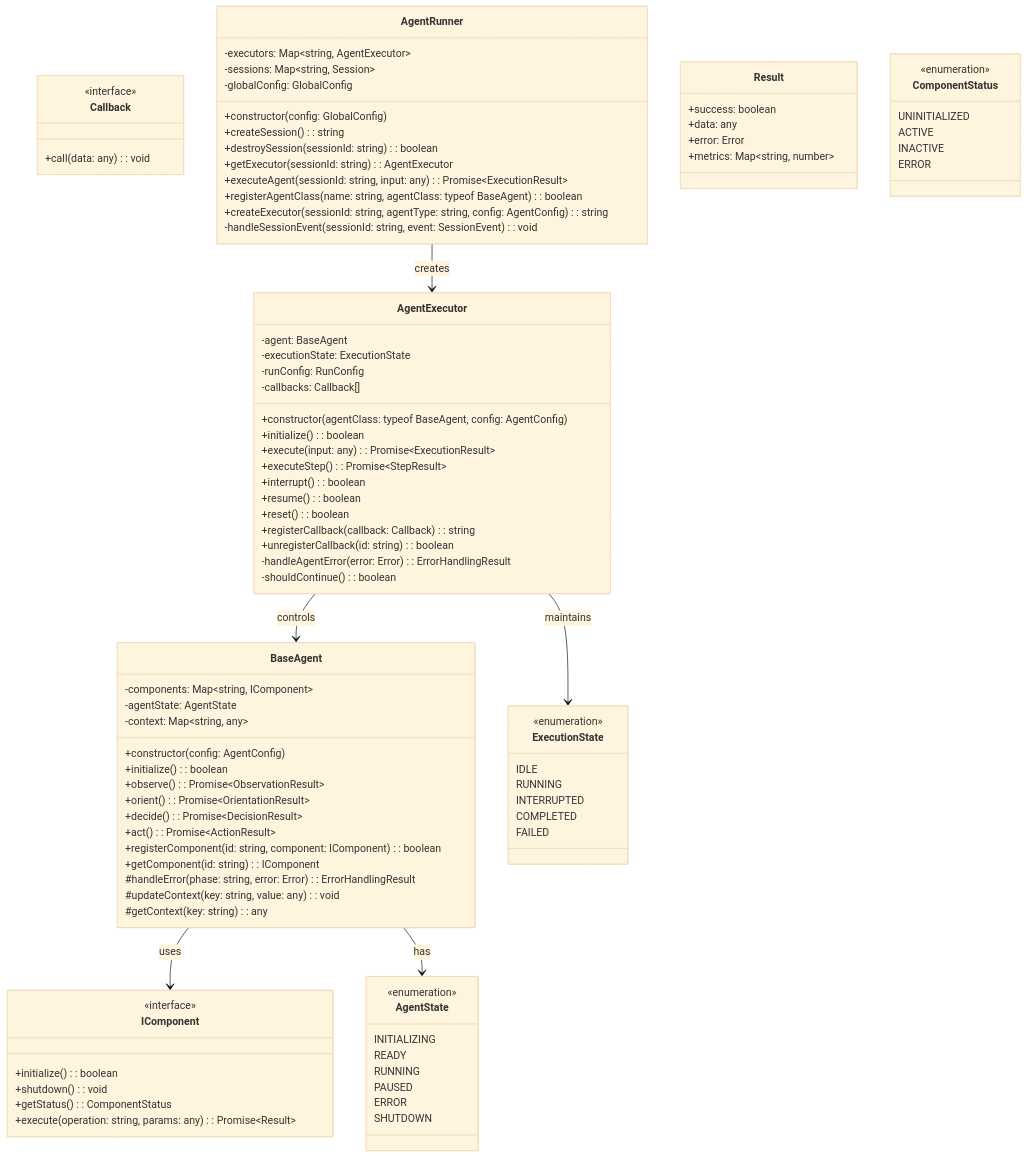
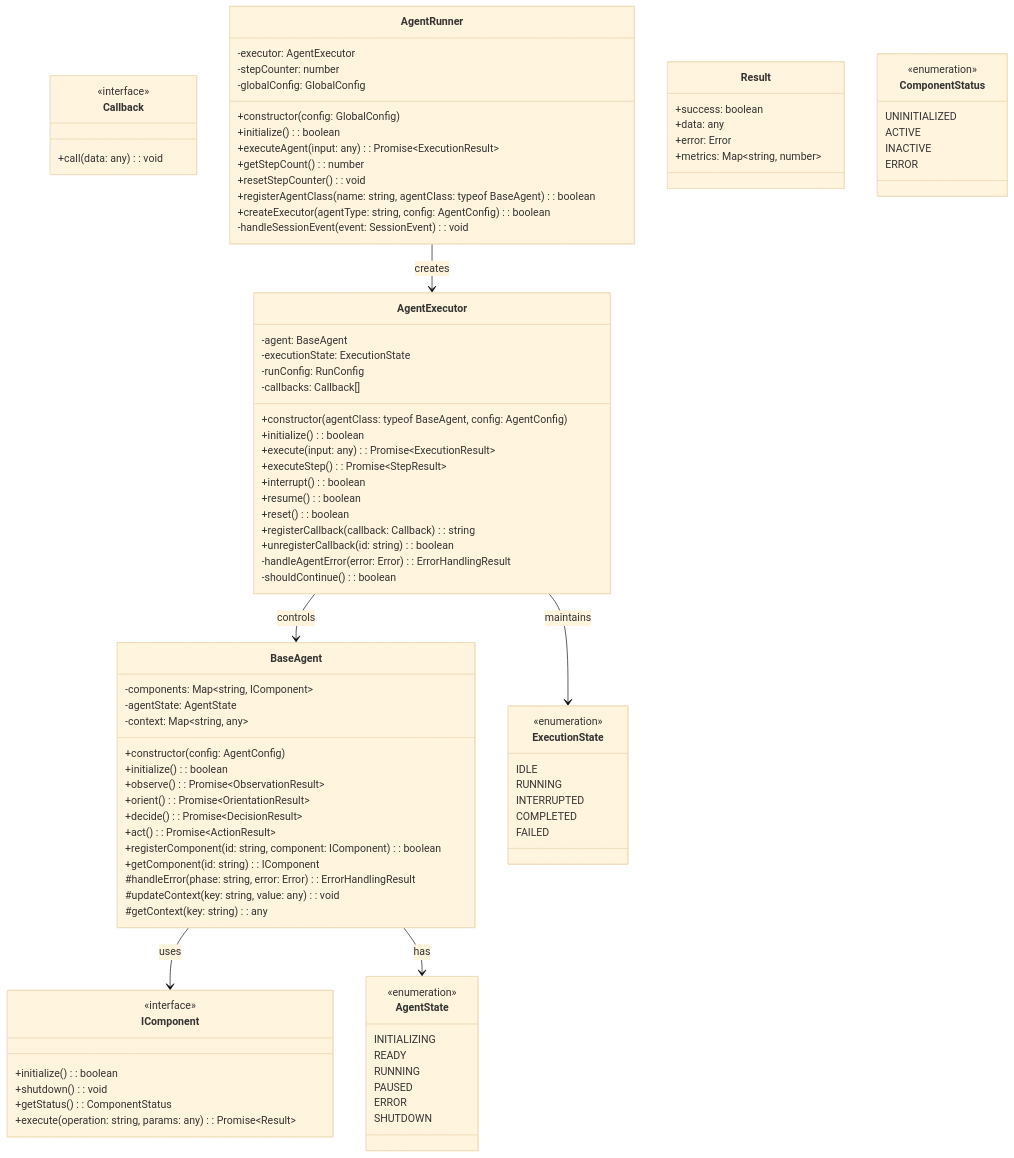
One commit to DDtoma/iodraw-files changed the diagram in all/未命名-2.md. Above: the diagram before and after it, drawn with Mermaid (base theme).

Commit message:
2025-03-11 14:31:24 update

```diff
--- a/all/未命名-2.md
+++ b/all/未命名-2.md
@@ -52,17 +52,17 @@
     }
     
     class AgentRunner {
-        -executors: Map~string, AgentExecutor~
-        -sessions: Map~string, Session~
+        -executor: AgentExecutor
+        -stepCounter: number
         -globalConfig: GlobalConfig
         +constructor(config: GlobalConfig)
-        +createSession(): string
-        +destroySession(sessionId: string): boolean
-        +getExecutor(sessionId: string): AgentExecutor
-        +executeAgent(sessionId: string, input: any): Promise~ExecutionResult~
+        +initialize(): boolean
+        +executeAgent(input: any): Promise~ExecutionResult~
+        +getStepCount(): number
+        +resetStepCounter(): void
         +registerAgentClass(name: string, agentClass: typeof BaseAgent): boolean
-        +createExecutor(sessionId: string, agentType: string, config: AgentConfig): string
-        -handleSessionEvent(sessionId: string, event: SessionEvent): void
+        +createExecutor(agentType: string, config: AgentConfig): boolean
+        -handleSessionEvent(event: SessionEvent): void
     }
     
     %% 结果类
```
